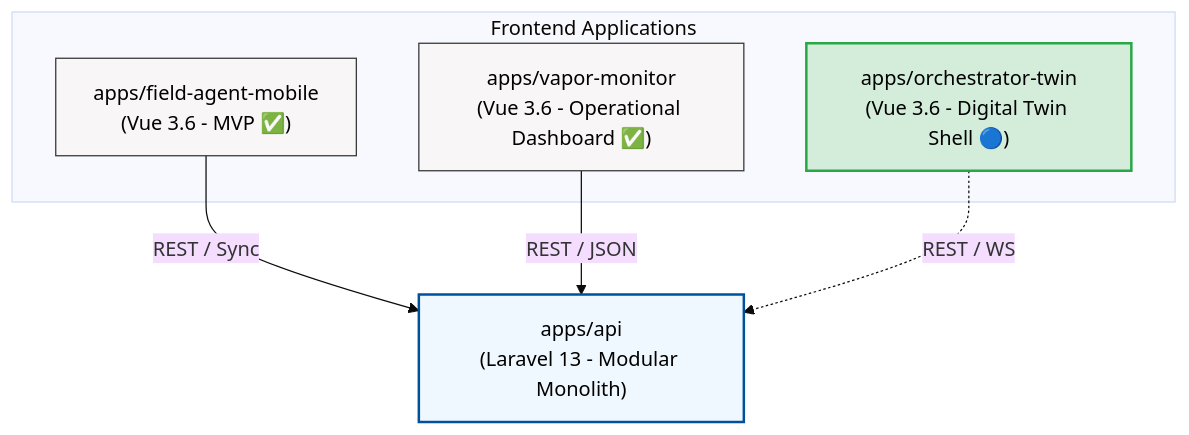
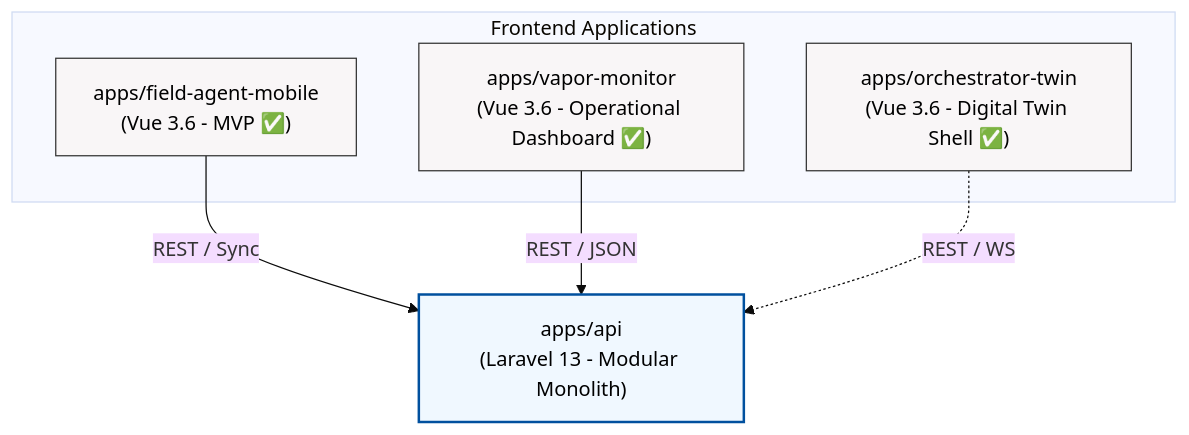
Before and after one commit to h-builds/nexus-wms: the first of 5 diagrams in README.md, drawn with Mermaid (base theme). The commit also changed other lines of this file and 1 other file, not shown here.

Commit message:
feat: complete Phase 3 Orchestrator Twin Lite development and add formal validation documentation

````diff
--- a/README.md
+++ b/README.md
@@ -79,19 +79,19 @@
 ```mermaid
 flowchart TD
     classDef backend fill:#f0f8ff,stroke:#00509E,stroke-width:2px,color:#000
     classDef currentFrontend fill:#f9f6f7,stroke:#333,stroke-width:1px,color:#000
     classDef activeFrontend fill:#d4edda,stroke:#28a745,stroke-width:2px,color:#000
     classDef futureFrontend fill:#f5f5f5,stroke:#999,stroke-width:1px,stroke-dasharray: 4 4,color:#444
 
     API["apps/api\n(Laravel 13 - Modular Monolith)"]:::backend
 
     subgraph Frontends ["Frontend Applications"]
         Mobile["apps/field-agent-mobile\n(Vue 3.6 - MVP ✅)"]:::currentFrontend
         Monitor["apps/vapor-monitor\n(Vue 3.6 - Operational Dashboard ✅)"]:::currentFrontend
-        Twin["apps/orchestrator-twin\n(Vue 3.6 - Digital Twin Shell 🔵)"]:::activeFrontend
+        Twin["apps/orchestrator-twin\n(Vue 3.6 - Digital Twin Shell ✅)"]:::currentFrontend
     end
 
     Mobile -->|REST / Sync| API
     Monitor -->|REST / JSON| API
     Twin -.->|REST / WS| API
 ```
````
